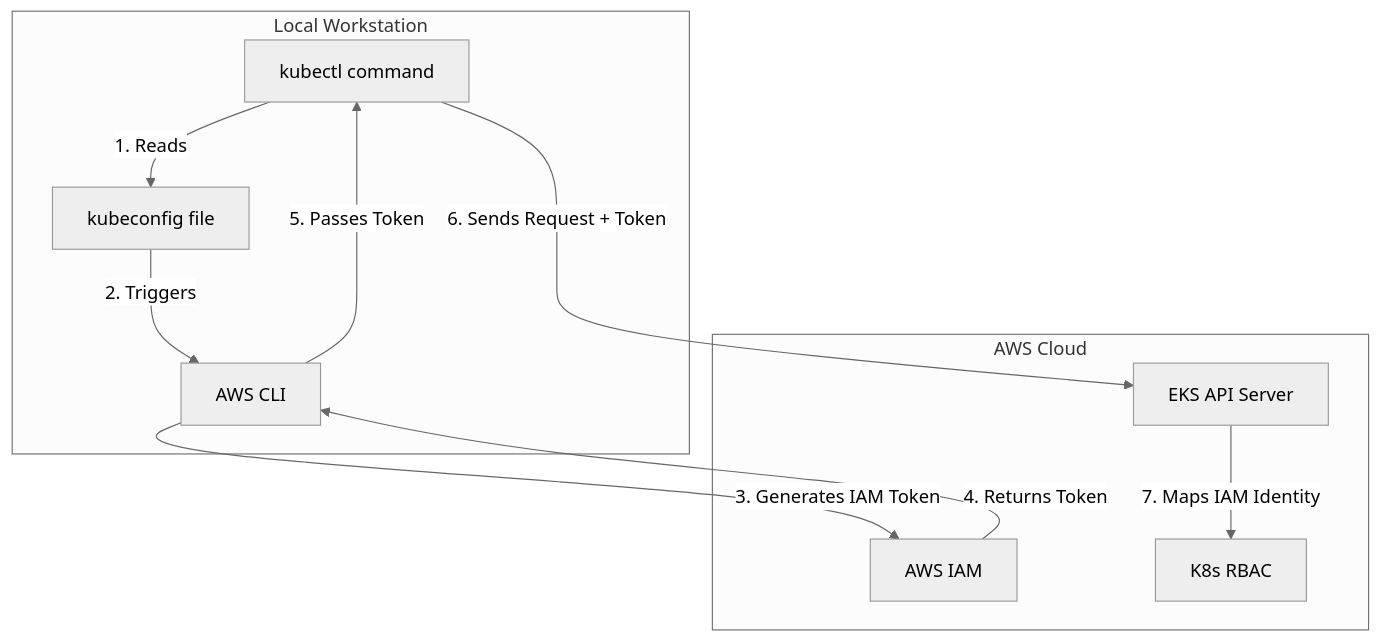
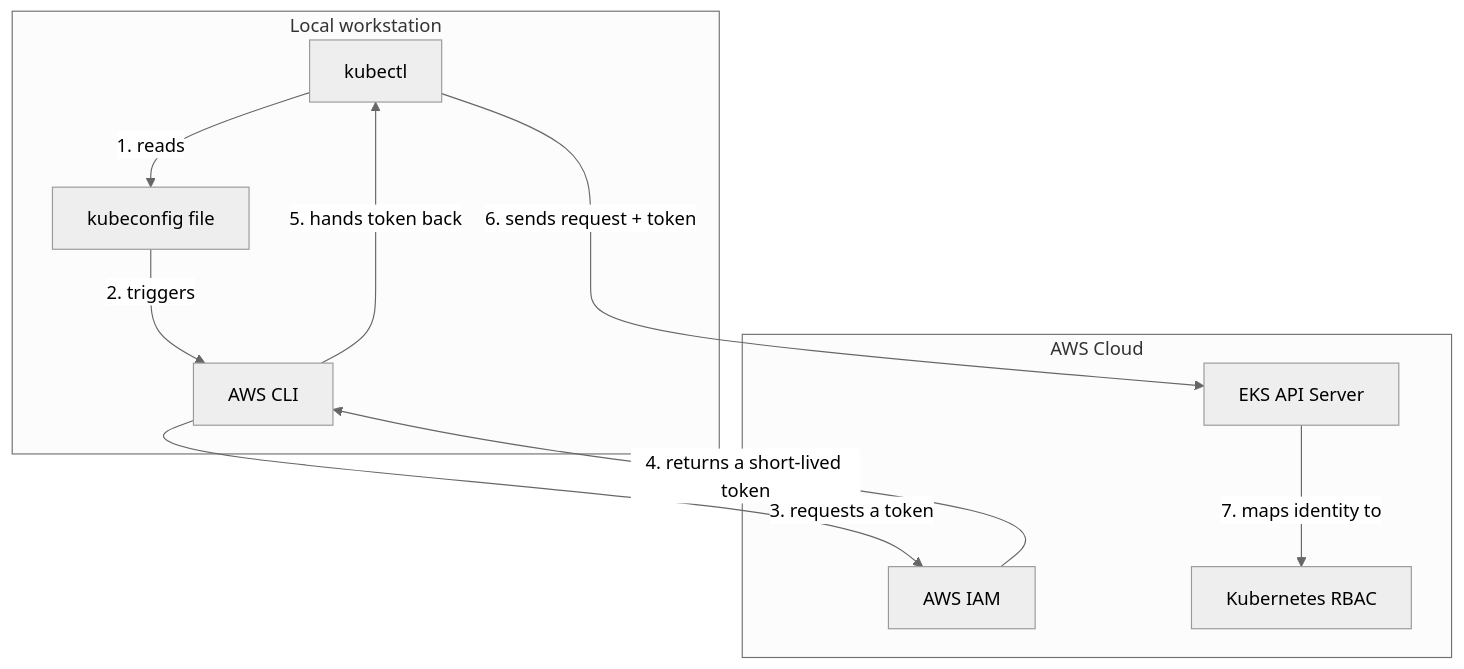
The second of 2 diagrams in sections/02_EKS_Basics/05_kubectl_Installation_Windows.md (nirajp82/KubernetesWithAmazon_EKS_Fargate_DevOps), drawn with Mermaid (neutral theme) before and after one commit. The commit also changed other lines of this file and 11 other files, not shown here.

````diff
--- a/sections/02_EKS_Basics/05_kubectl_Installation_Windows.md
+++ b/sections/02_EKS_Basics/05_kubectl_Installation_Windows.md
@@ -155,23 +41,22 @@
 ```mermaid
 flowchart TD
-    subgraph Local_Machine ["Local Workstation"]
-        KCTL["kubectl command"]
+    subgraph Local ["Local workstation"]
+        KCTL["kubectl"]
         KCFG["kubeconfig file"]
         AWSCLI["AWS CLI"]
     end
 
-    subgraph AWS_Cloud ["AWS Cloud"]
+    subgraph Cloud ["AWS Cloud"]
         IAM["AWS IAM"]
         API["EKS API Server"]
-        RBAC["K8s RBAC"]
+        RBAC["Kubernetes RBAC"]
     end
 
-    KCTL -->|1. Reads| KCFG
-    KCFG -->|2. Triggers| AWSCLI
-    AWSCLI -->|3. Generates IAM Token| IAM
-    IAM -->|4. Returns Token| AWSCLI
-    AWSCLI -->|5. Passes Token| KCTL
-    KCTL -->|6. Sends Request + Token| API
-    API -->|7. Maps IAM Identity| RBAC
-
+    KCTL -->|1. reads| KCFG
+    KCFG -->|2. triggers| AWSCLI
+    AWSCLI -->|3. requests a token| IAM
+    IAM -->|4. returns a short-lived token| AWSCLI
+    AWSCLI -->|5. hands token back| KCTL
+    KCTL -->|6. sends request + token| API
+    API -->|7. maps identity to| RBAC
 ```
````
